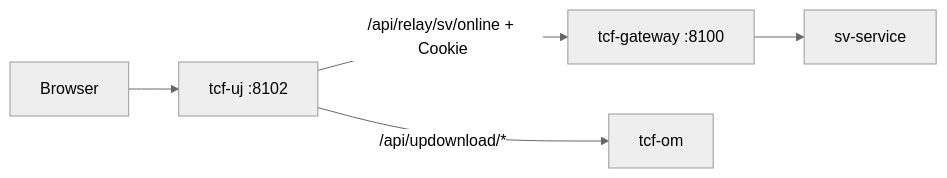
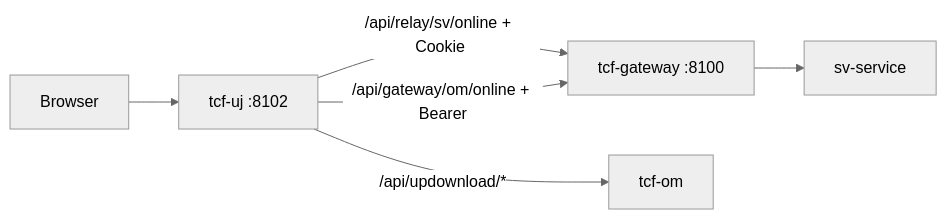
Before and after one commit to changwskr/nsight-tcf-framework: the second of 2 diagrams in zarchitecture/13-UI-채널-아키텍처.md, drawn with Mermaid (neutral theme). The commit also changed other lines of this file and 24 other files, not shown here.

First line of the commit message:
Add Gateway JWT Bearer validation and align auth documentation.

````diff
--- a/zarchitecture/13-UI-채널-아키텍처.md
+++ b/zarchitecture/13-UI-채널-아키텍처.md
@@ -38,7 +38,8 @@
 ```mermaid
 flowchart LR
     B[Browser] --> UJ[tcf-uj :8102]
     UJ -->|/api/relay/sv/online + Cookie| GW[tcf-gateway :8100]
+    UJ -->|/api/gateway/om/online + Bearer| GW
     GW --> SV[sv-service]
     UJ -->|/api/updownload/*| OM[tcf-om]
 ```
````
